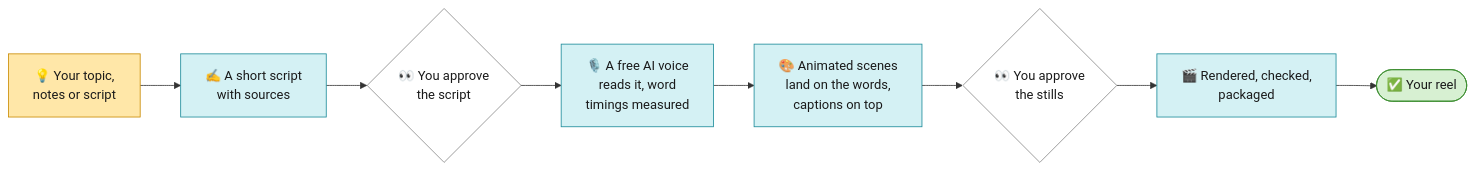
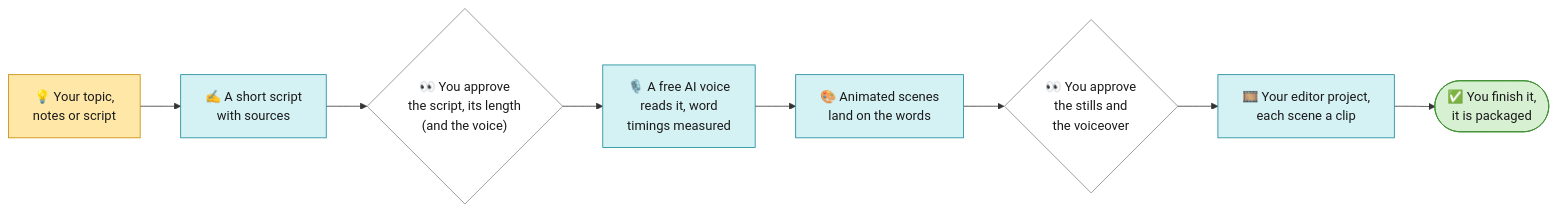
One commit to harshilsaini26/Video-Workflow changed the tenth of 10 diagrams in Editing-Workflow/README.md. Above: the diagram before and after it, drawn with Mermaid. The commit also changed other lines of this file, not shown here.

First line of the commit message:
Editing-Workflow README: the hand-off as the end, where you decide, the explainer as it is now

````diff
--- a/Editing-Workflow/README.md
+++ b/Editing-Workflow/README.md
@@ -1014,14 +1154,14 @@
 ```mermaid
 flowchart LR
     A["💡 Your topic,<br/>notes or script"]:::you --> B["✍️ A short script<br/>with sources"]:::team
-    B --> C{"👀 You approve<br/>the script"}:::ask
+    B --> C{"👀 You approve<br/>the script, its length<br/>(and the voice)"}:::ask
     C --> D["🎙️ A free AI voice<br/>reads it, word<br/>timings measured"]:::team
-    D --> E["🎨 Animated scenes<br/>land on the words,<br/>captions on top"]:::team
-    E --> F{"👀 You approve<br/>the stills"}:::ask
-    F --> G["🎬 Rendered, checked,<br/>packaged"]:::team
-    G --> H(["✅ Your reel"]):::done
+    D --> E["🎨 Animated scenes<br/>land on the words"]:::team
+    E --> F{"👀 You approve<br/>the stills and<br/>the voiceover"}:::ask
+    F --> G["🎞️ Your editor project,<br/>each scene a clip"]:::team
+    G --> H(["✅ You finish it,<br/>it is packaged"]):::done
     classDef you fill:#FFE7A8,stroke:#C98A00,color:#1a1a1a
     classDef team fill:#D4F1F4,stroke:#1B8A99,color:#1a1a1a
     classDef done fill:#D7F0D2,stroke:#3C8D2F,color:#1a1a1a
     classDef ask fill:#FFFFFF,stroke:#888888,color:#1a1a1a
 ```
````
